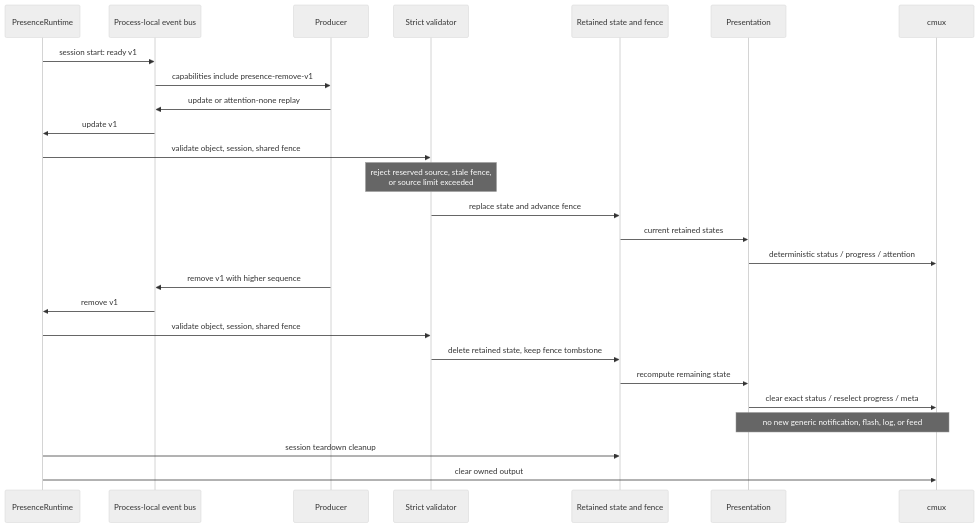
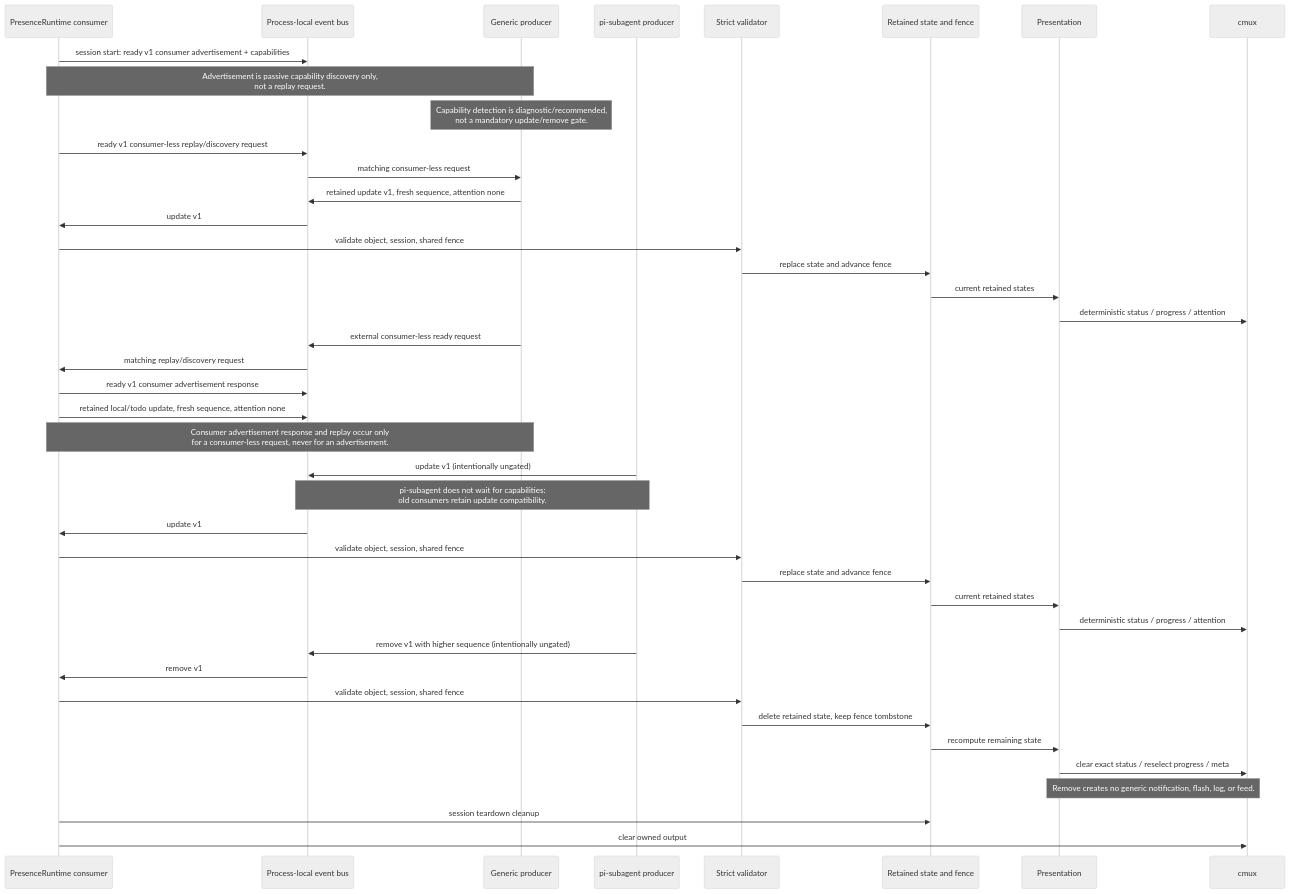
The diagram in docs/diagram/event-flow.mmd (spi-ca/pi-cmux-presence), drawn with Mermaid (neutral theme) before and after one commit. The commit also changed 7 other files, not shown here.

```diff
--- a/docs/diagram/event-flow.mmd
+++ b/docs/diagram/event-flow.mmd
@@ -1,28 +1,45 @@
 %% Diagram source: docs/diagram/event-flow.mmd
 sequenceDiagram
-  participant R as PresenceRuntime
+  participant R as PresenceRuntime consumer
   participant B as Process-local event bus
-  participant P as Producer
+  participant P as Generic producer
+  participant A as pi-subagent producer
   participant V as Strict validator
   participant S as Retained state and fence
   participant U as Presentation
   participant C as cmux
 
-  R->>B: session start: ready v1
-  B->>P: capabilities include presence-remove-v1
-  P->>B: update or attention-none replay
+  R->>B: session start: ready v1 consumer advertisement + capabilities
+  Note over R,P: Advertisement is passive capability discovery only,<br/>not a replay request.
+  Note over P: Capability detection is diagnostic/recommended,<br/>not a mandatory update/remove gate.
+  R->>B: ready v1 consumer-less replay/discovery request
+  B->>P: matching consumer-less request
+  P->>B: retained update v1, fresh sequence, attention none
   B->>R: update v1
   R->>V: validate object, session, shared fence
-  Note over V: reject reserved source, stale fence,<br/>or source limit exceeded
   V->>S: replace state and advance fence
   S->>U: current retained states
   U->>C: deterministic status / progress / attention
-  P->>B: remove v1 with higher sequence
+
+  P->>B: external consumer-less ready request
+  B->>R: matching replay/discovery request
+  R->>B: ready v1 consumer advertisement response
+  R->>B: retained local/todo update, fresh sequence, attention none
+  Note over R,P: Consumer advertisement response and replay occur only<br/>for a consumer-less request, never for an advertisement.
+
+  A->>B: update v1 (intentionally ungated)
+  Note over A,B: pi-subagent does not wait for capabilities:<br/>old consumers retain update compatibility.
+  B->>R: update v1
+  R->>V: validate object, session, shared fence
+  V->>S: replace state and advance fence
+  S->>U: current retained states
+  U->>C: deterministic status / progress / attention
+  A->>B: remove v1 with higher sequence (intentionally ungated)
   B->>R: remove v1
   R->>V: validate object, session, shared fence
   V->>S: delete retained state, keep fence tombstone
   S->>U: recompute remaining state
   U->>C: clear exact status / reselect progress / meta
-  Note over U,C: no new generic notification, flash, log, or feed
+  Note over U,C: Remove creates no generic notification, flash, log, or feed.
   R->>S: session teardown cleanup
   R->>C: clear owned output
```
